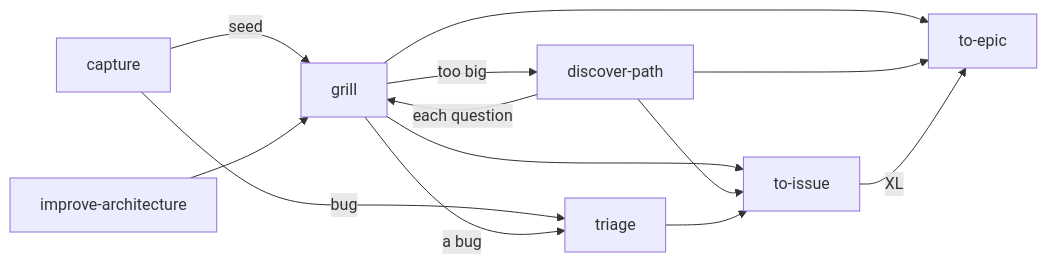
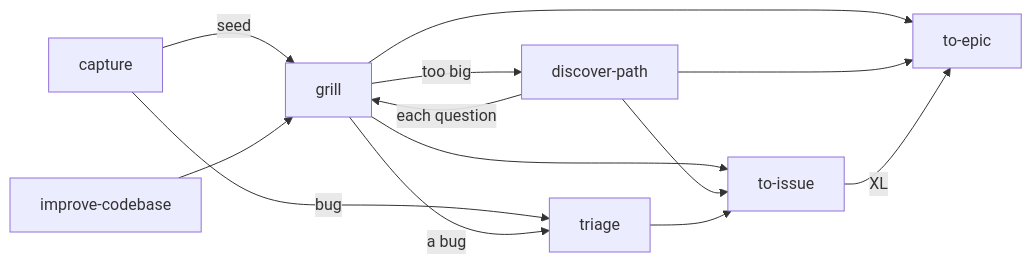
Before and after one commit to linhvu0711/skills: the first of 2 diagrams in README.md, drawn with Mermaid. The commit also changed other lines of this file and 14 other files, not shown here.

First line of the commit message:
refactor(improve-codebase): rename the improve-architecture skill

````diff
--- a/README.md
+++ b/README.md
@@ -11,15 +11,15 @@
 ```mermaid
 flowchart LR
   capture -->|seed| grill
   capture -->|bug| triage
-  improve[improve-architecture] --> grill
+  improve[improve-codebase] --> grill
   grill -->|a bug| triage
   grill -->|too big| discover[discover-path]
   discover -->|each question| grill
   grill --> toissue[to-issue]
   grill --> toepic[to-epic]
   discover --> toissue
   discover --> toepic
   triage --> toissue
   toissue -->|XL| toepic
 ```
````
